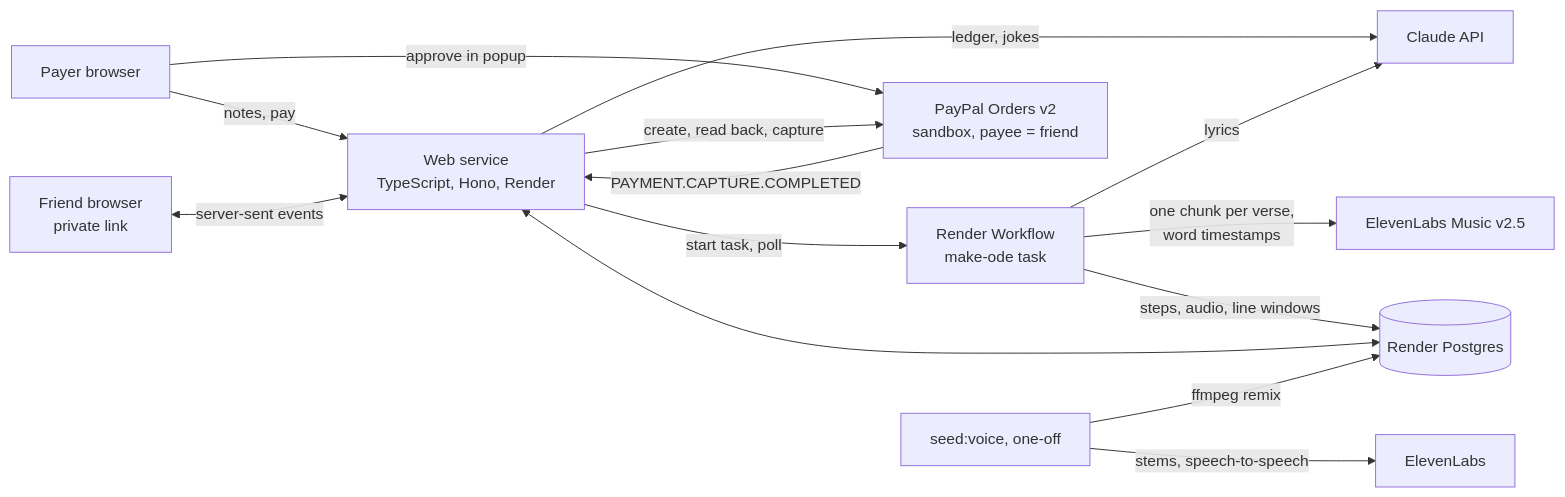
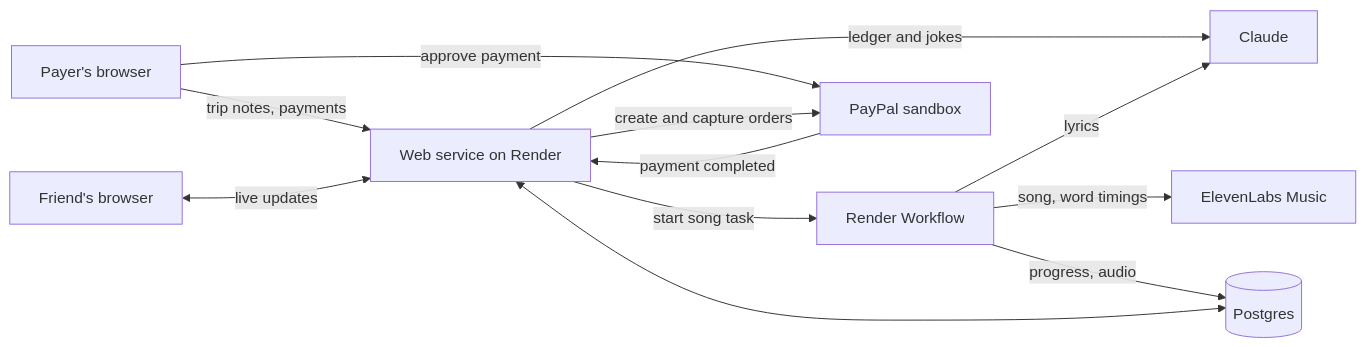
One commit to sivaratrisrinivas/ode changed the diagram in README.md. Above: the diagram before and after it, drawn with Mermaid. The commit also changed other lines of this file, not shown here.

Commit message:
Rewrite the README: what, why, how, getting started and the architecture diagram, in plain English

````diff
--- a/README.md
+++ b/README.md
@@ -49,16 +63,14 @@
 ```mermaid
 flowchart LR
-  P[Payer browser] -->|notes, pay| W[Web service<br/>TypeScript, Hono, Render]
-  F[Friend browser<br/>private link] <-->|server-sent events| W
-  W -->|ledger, jokes| C[Claude API]
-  W -->|start task, poll| WF[Render Workflow<br/>make-ode task]
-  WF -->|lyrics| C
-  WF -->|one chunk per verse,<br/>word timestamps| E[ElevenLabs Music v2.5]
-  WF -->|steps, audio, line windows| DB[(Render Postgres)]
-  W <--> DB
-  P -->|approve in popup| PP[PayPal Orders v2<br/>sandbox, payee = friend]
-  W -->|create, read back, capture| PP
-  PP -->|PAYMENT.CAPTURE.COMPLETED| W
-  X[seed:voice, one-off] -->|stems, speech-to-speech| EV[ElevenLabs]
-  X -->|ffmpeg remix| DB
+  Payer[Payer's browser] -->|trip notes, payments| Web[Web service on Render]
+  Friend[Friend's browser] <-->|live updates| Web
+  Web -->|ledger and jokes| Claude[Claude]
+  Web -->|start song task| Workflow[Render Workflow]
+  Workflow -->|lyrics| Claude
+  Workflow -->|song, word timings| Music[ElevenLabs Music]
+  Workflow -->|progress, audio| DB[(Postgres)]
+  Web <--> DB
+  Payer -->|approve payment| PayPal[PayPal sandbox]
+  Web -->|create and capture orders| PayPal
+  PayPal -->|payment completed| Web
 ```
````
